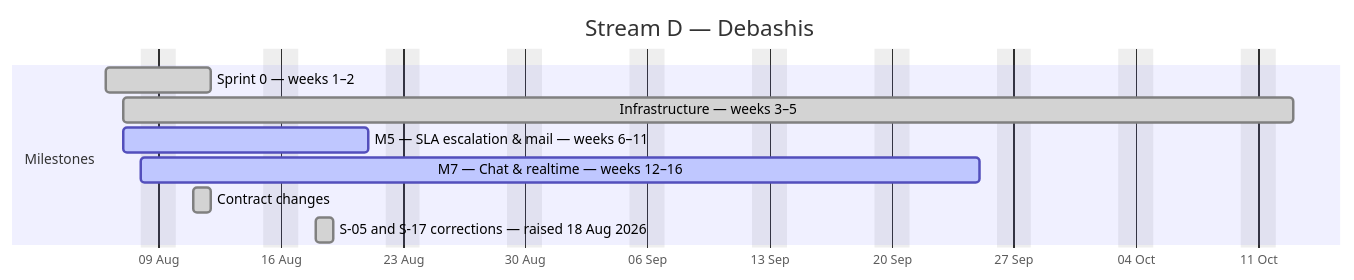
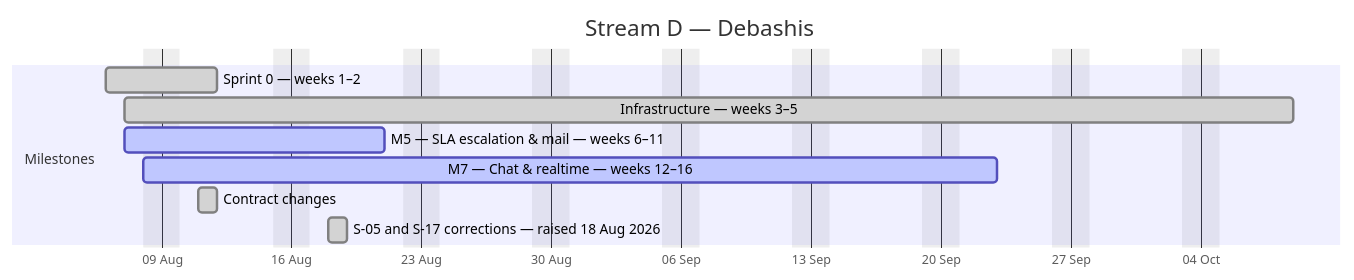
One commit to debashisedunext/EduTrack changed the fourth of 4 diagrams in docs/plan/GANTT.md. Above: the diagram before and after it, drawn with Mermaid. The commit also changed other lines of this file and 3 other files, not shown here.

````diff
--- a/docs/plan/GANTT.md
+++ b/docs/plan/GANTT.md
@@ -145,14 +147,14 @@
 ```mermaid
 gantt
     dateFormat YYYY-MM-DD
     axisFormat %d %b
     title Stream D — Debashis
     excludes weekends
     section Milestones
     Sprint 0 — weeks 1–2 :done, d0, 2026-08-06, 4d
-    Infrastructure — weeks 3–5 :done, d1, 2026-08-07, 47d
+    Infrastructure — weeks 3–5 :done, d1, 2026-08-07, 45d
     M5 — SLA  escalation & mail — weeks 6–11 :active, d2, 2026-08-07, 10d
-    M7 — Chat & realtime — weeks 12–16 :active, d3, 2026-08-08, 35d
+    M7 — Chat & realtime — weeks 12–16 :active, d3, 2026-08-08, 33d
     Contract changes :done, d4, 2026-08-11, 1d
     S-05 and S-17 corrections — raised 18 Aug 2026 :done, d5, 2026-08-18, 1d
 ```
````
